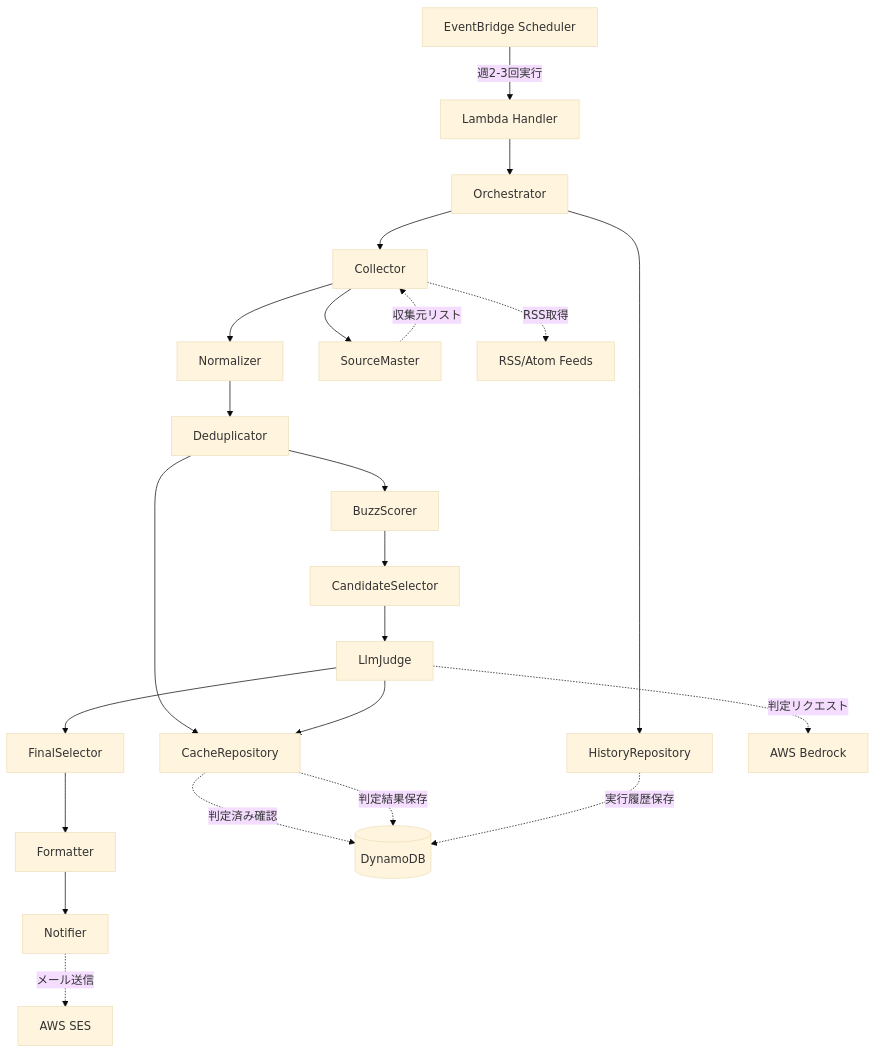
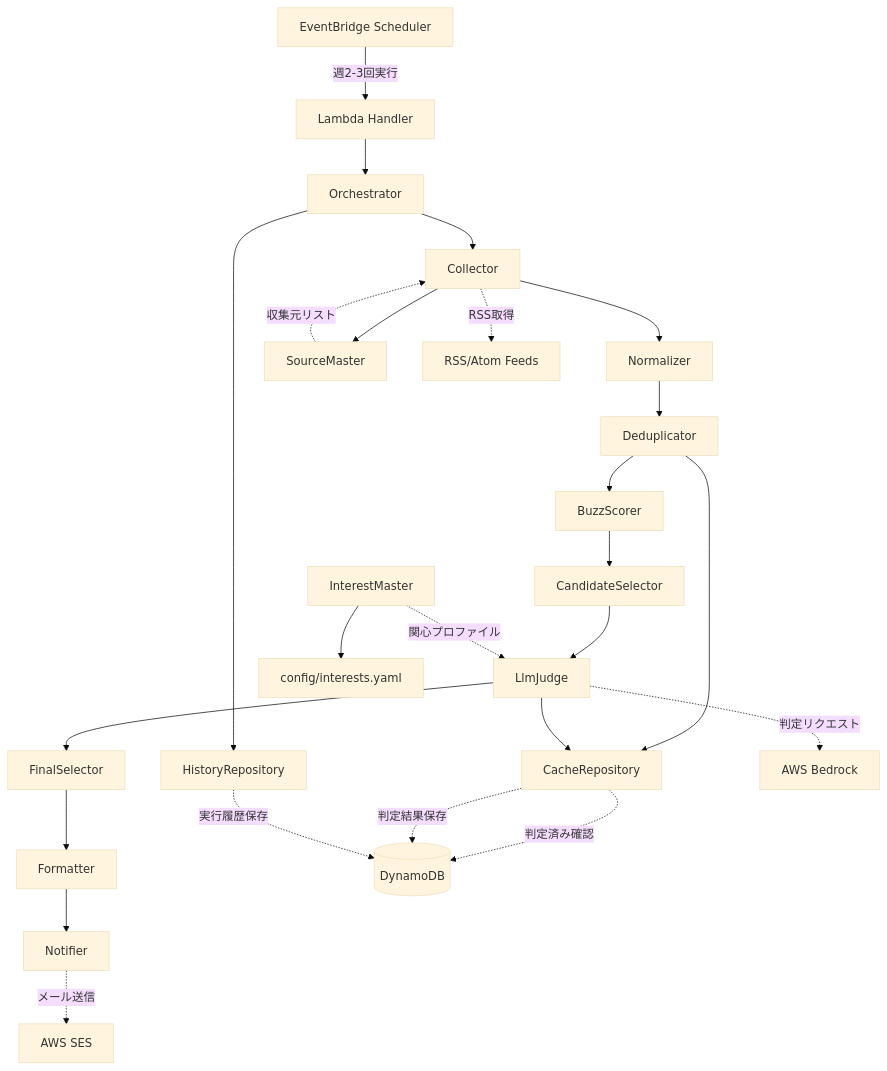
The first of 4 diagrams in docs/functional-design.md (k-negishi/ai-curated-newsletter), drawn with Mermaid (base theme) before and after one commit. The commit also changed other lines of this file and 12 other files, not shown here.

````diff
--- a/docs/functional-design.md
+++ b/docs/functional-design.md
@@ -5,54 +5,59 @@
 ```mermaid
 graph TB
     EventBridge[EventBridge Scheduler]
     Lambda[Lambda Handler]
     Orchestrator[Orchestrator]
 
     Collector[Collector]
     Normalizer[Normalizer]
     Deduplicator[Deduplicator]
     BuzzScorer[BuzzScorer]
     CandidateSelector[CandidateSelector]
     LlmJudge[LlmJudge]
     FinalSelector[FinalSelector]
     Formatter[Formatter]
     Notifier[Notifier]
 
     CacheRepo[CacheRepository]
     HistoryRepo[HistoryRepository]
     SourceMaster[SourceMaster]
+    InterestMaster[InterestMaster]
 
     DynamoDB[(DynamoDB)]
     Bedrock[AWS Bedrock]
     SES[AWS SES]
     RSS[RSS/Atom Feeds]
+    InterestsYAML[config/interests.yaml]
 
     EventBridge -->|週2-3回実行| Lambda
     Lambda --> Orchestrator
 
     Orchestrator --> Collector
     Collector --> SourceMaster
     SourceMaster -.->|収集元リスト| Collector
     Collector -.->|RSS取得| RSS
 
     Collector --> Normalizer
     Normalizer --> Deduplicator
     Deduplicator --> CacheRepo
     CacheRepo -.->|判定済み確認| DynamoDB
 
     Deduplicator --> BuzzScorer
     BuzzScorer --> CandidateSelector
     CandidateSelector --> LlmJudge
 
+    InterestMaster -.->|関心プロファイル| LlmJudge
+    InterestMaster --> InterestsYAML
+
     LlmJudge -.->|判定リクエスト| Bedrock
     LlmJudge --> CacheRepo
     CacheRepo -.->|判定結果保存| DynamoDB
 
     LlmJudge --> FinalSelector
     FinalSelector --> Formatter
     Formatter --> Notifier
     Notifier -.->|メール送信| SES
 
     Orchestrator --> HistoryRepo
     HistoryRepo -.->|実行履歴保存| DynamoDB
 ```
````
